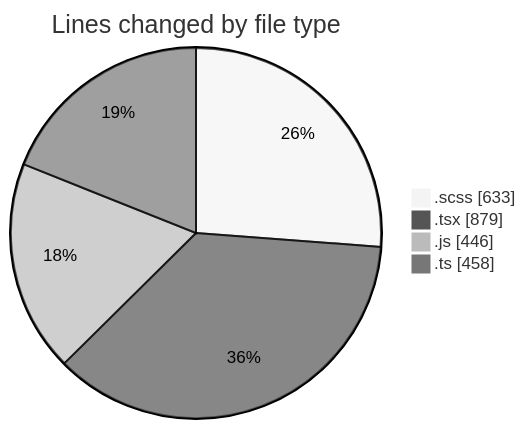
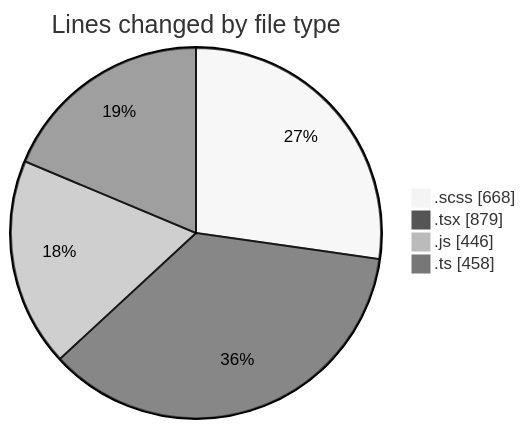
The first of 2 diagrams in 2025-03-14/cda/README.md (momahboobian/code-tracking), drawn with Mermaid (neutral theme) before and after one commit. The commit also changed other lines of this file and 1 other file, not shown here.

````diff
--- a/2025-03-14/cda/README.md
+++ b/2025-03-14/cda/README.md
@@ -34,8 +34,8 @@
 ```mermaid
 pie showData
 title Lines changed by file type
-".scss" : 633
+".scss" : 668
 ".tsx" : 879
 ".js" : 446
 ".ts" : 458
 ```
````
